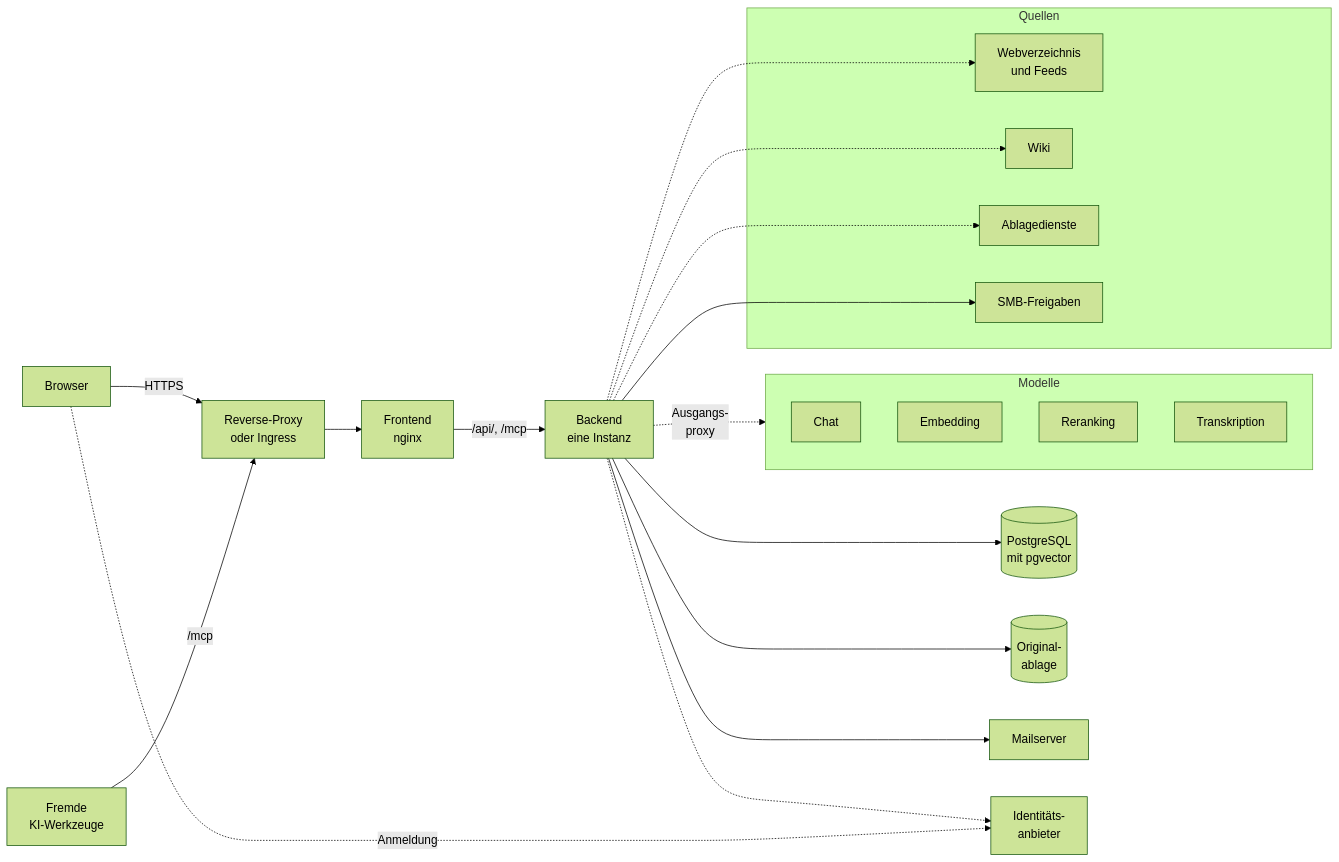
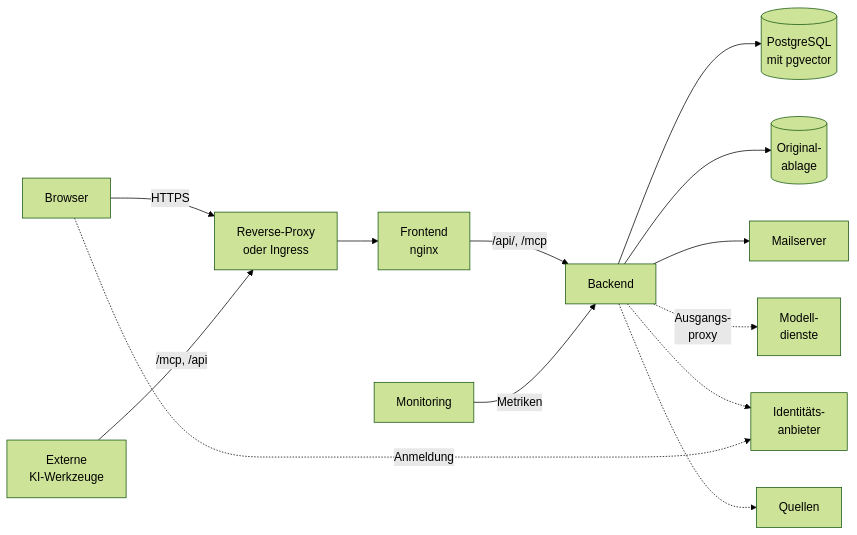
Before and after one commit to criew/opaa: the diagram in docs/handbuch/betrieb.md, drawn with Mermaid (forest theme). The commit also changed other lines of this file, not shown here.

````diff
--- a/docs/handbuch/betrieb.md
+++ b/docs/handbuch/betrieb.md
@@ -17,29 +10,15 @@
 ```mermaid
 flowchart LR
     B[Browser] -->|HTTPS| RP[Reverse-Proxy<br/>oder Ingress]
-    K[Fremde<br/>KI-Werkzeuge] -->|/mcp| RP
+    K[Externe<br/>KI-Werkzeuge] -->|/mcp, /api| RP
     RP --> F[Frontend<br/>nginx]
-    F -->|/api/, /mcp| BE[Backend<br/>eine Instanz]
+    F -->|/api/, /mcp| BE[Backend]
     BE --> DB[(PostgreSQL<br/>mit pgvector)]
     BE --> O[(Original-<br/>ablage)]
     BE --> SMTP[Mailserver]
-    BE -.->|Ausgangs-<br/>proxy| M
+    BE -.->|Ausgangs-<br/>proxy| M[Modell-<br/>dienste]
     BE -.-> I[Identitäts-<br/>anbieter]
-    BE -.-> QW
-    BE -.-> QC
-    BE -.-> QA
-    BE --> QS
+    BE -.-> Q[Quellen]
     B -.->|Anmeldung| I
-    subgraph M[Modelle]
-        MC[Chat]
-        ME[Embedding]
-        MR[Reranking]
-        MT[Transkription]
-    end
-    subgraph Q[Quellen]
-        QW[Webverzeichnis<br/>und Feeds]
-        QC[Wiki]
-        QA[Ablagedienste]
-        QS[SMB-Freigaben]
-    end
+    P[Monitoring] -->|Metriken| BE
 ```
````
